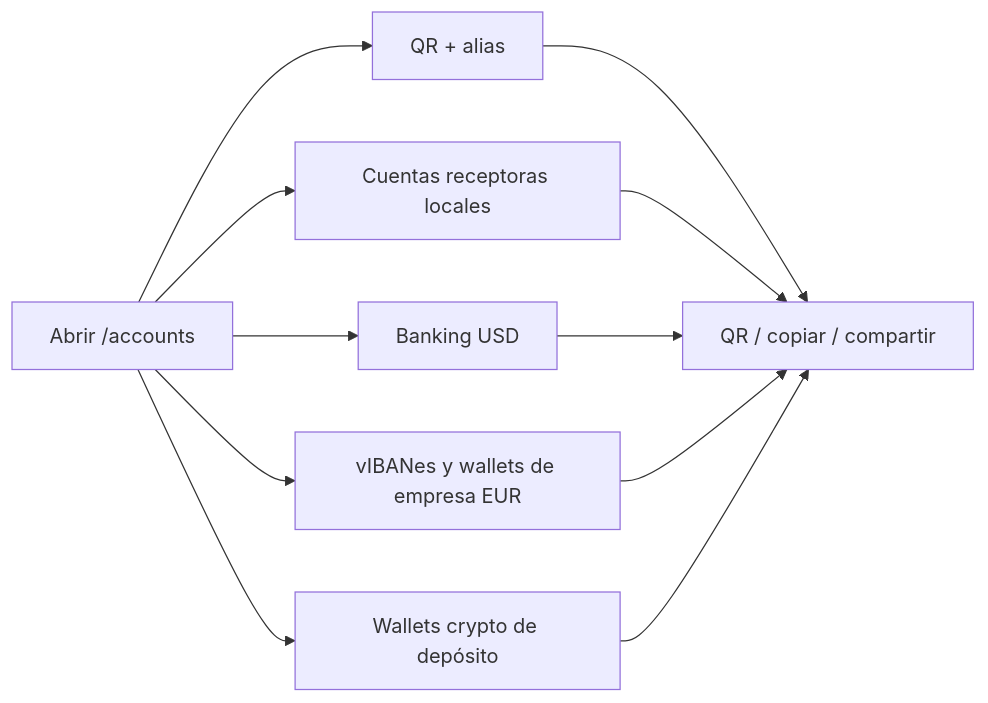
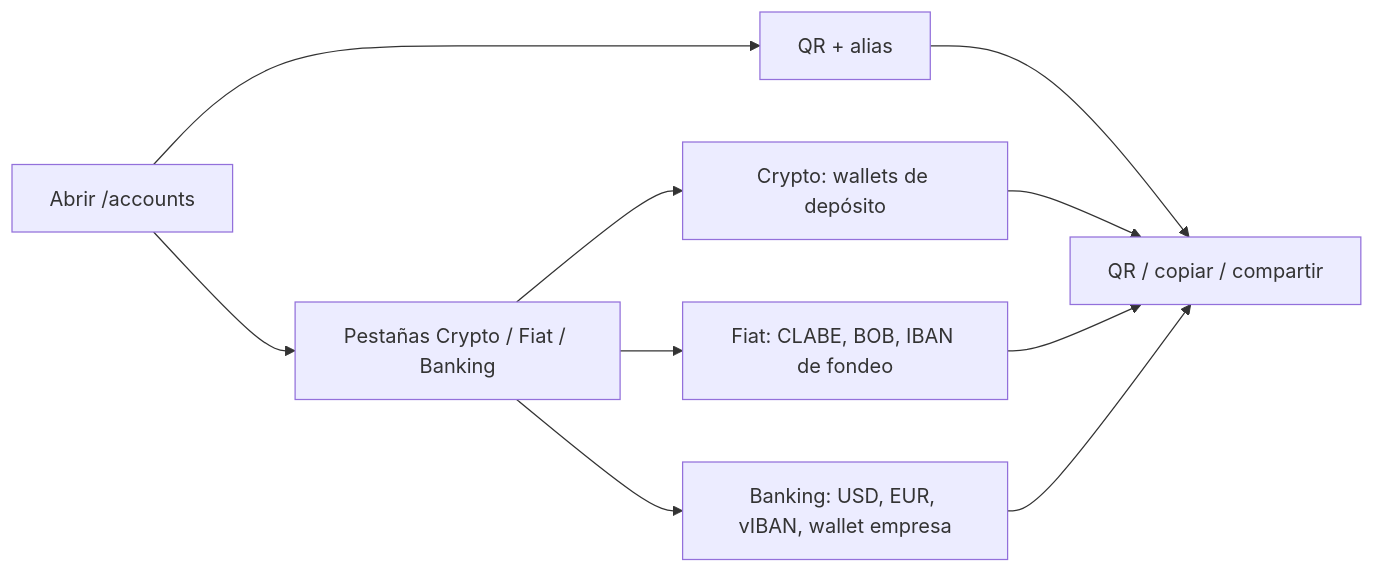
The diagram in es/guias/accounts.mdx (CBpayapp/cbpay-docs), drawn with Mermaid before and after one commit. The commit also changed other lines of this file and 25 other files, not shown here.

First line of the commit message:
docs: Mis Cuentas tabs (guia + v2.106) (#67)

````diff
--- a/es/guias/accounts.mdx
+++ b/es/guias/accounts.mdx
@@ -28,13 +47,12 @@
 ```mermaid
 flowchart LR
   open["Abrir /accounts"] --> qr["QR + alias"]
-  open --> local["Cuentas receptoras locales"]
-  open --> banking["Banking USD"]
-  open --> eur["vIBANes y wallets de empresa EUR"]
-  open --> crypto["Wallets crypto de depósito"]
+  open --> tabs["Pestañas Crypto / Fiat / Banking"]
+  tabs --> crypto["Crypto: wallets de depósito"]
+  tabs --> fiat["Fiat: CLABE, BOB, IBAN de fondeo"]
+  tabs --> banking["Banking: USD, EUR, vIBAN, wallet empresa"]
   qr --> share["QR / copiar / compartir"]
-  local --> share
+  crypto --> share
+  fiat --> share
   banking --> share
-  eur --> share
-  crypto --> share
 ```
````
